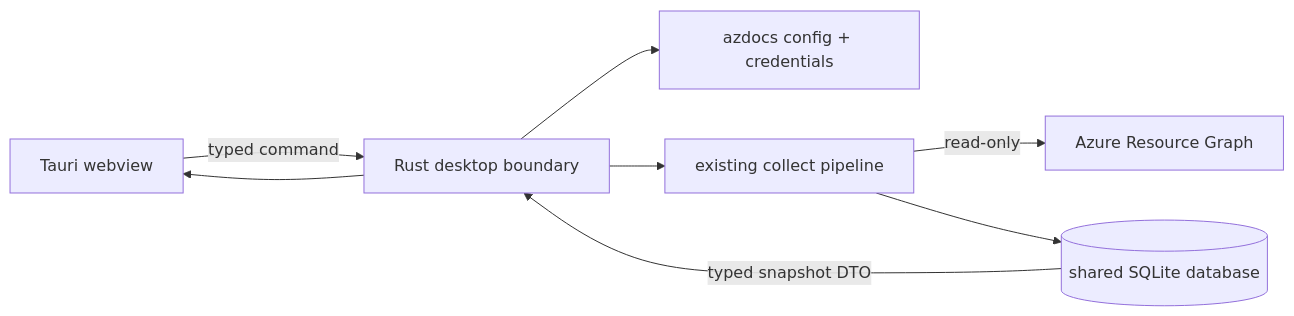
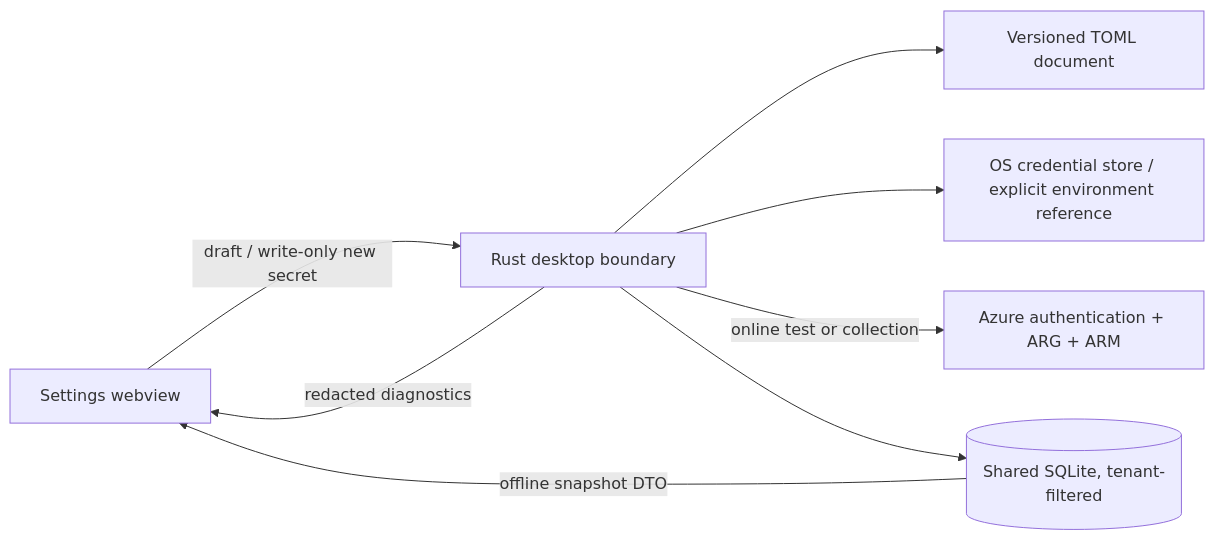
The diagram in docs/usage/desktop.md (russmckendrick/azdocs), drawn with Mermaid before and after one commit. The commit also changed other lines of this file and 68 other files, not shown here.

First line of the commit message:
Add tenant profiles and overhaul desktop Settings

````diff
--- a/docs/usage/desktop.md
+++ b/docs/usage/desktop.md
@@ -134,10 +180,10 @@
 ```mermaid
 flowchart LR
-    ui[Tauri webview] -->|typed command| rust[Rust desktop boundary]
-    rust --> config[azdocs config + credentials]
-    rust --> collect[existing collect pipeline]
-    collect -->|read-only| arg[Azure Resource Graph]
-    collect --> db[(shared SQLite database)]
-    db -->|typed snapshot DTO| rust
-    rust --> ui
+    ui[Settings webview] -->|draft / write-only new secret| rust[Rust desktop boundary]
+    rust --> document[Versioned TOML document]
+    rust --> vault[OS credential store / explicit environment reference]
+    rust -->|online test or collection| azure[Azure authentication + ARG + ARM]
+    rust --> db[(Shared SQLite, tenant-filtered)]
+    db -->|offline snapshot DTO| ui
+    rust -->|redacted diagnostics| ui
 ```
````
